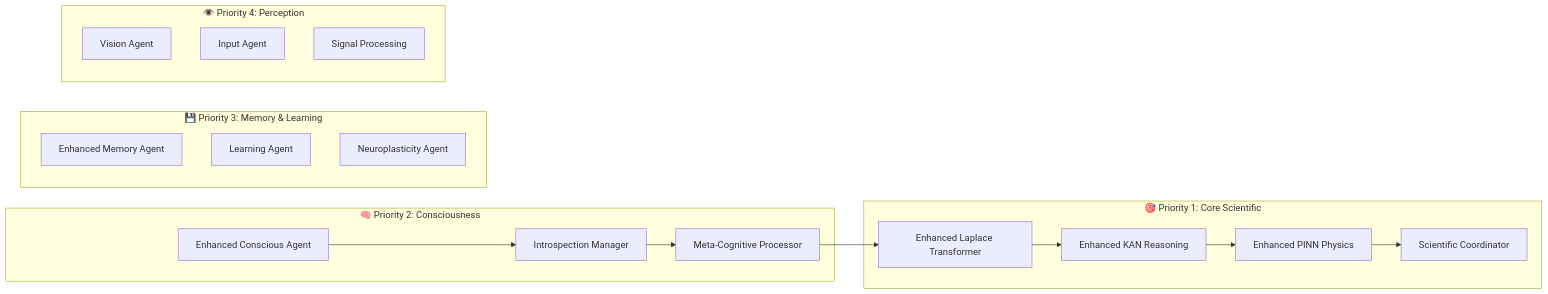
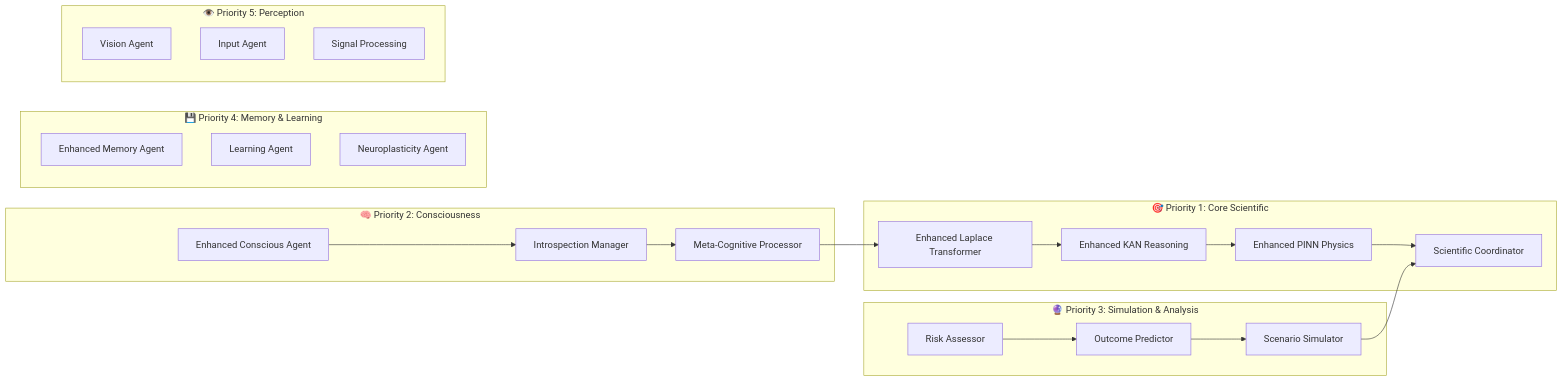
One commit to Organica-Ai-Solutions/NIS_Protocol changed the second of 2 diagrams in README.md. Above: the diagram before and after it, drawn with Mermaid. The commit also changed other lines of this file, not shown here.

````diff
--- a/README.md
+++ b/README.md
@@ -68,34 +76,43 @@
 ```mermaid
 graph LR
     subgraph "🎯 Priority 1: Core Scientific"
         A1["Enhanced Laplace Transformer"]
         A2["Enhanced KAN Reasoning"]
         A3["Enhanced PINN Physics"]
         A4["Scientific Coordinator"]
     end
     
     subgraph "🧠 Priority 2: Consciousness"
         B1["Meta-Cognitive Processor"]
         B2["Introspection Manager"]
         B3["Enhanced Conscious Agent"]
     end
     
-    subgraph "💾 Priority 3: Memory & Learning"
+    subgraph "🔮 Priority 3: Simulation & Analysis"
+        S1["Scenario Simulator"]
+        S2["Outcome Predictor"]
+        S3["Risk Assessor"]
+    end
+    
+    subgraph "💾 Priority 4: Memory & Learning"
         C1["Enhanced Memory Agent"]
         C2["Learning Agent"]
         C3["Neuroplasticity Agent"]
     end
     
-    subgraph "👁️ Priority 4: Perception"
+    subgraph "👁️ Priority 5: Perception"
         D1["Vision Agent"]
         D2["Input Agent"]
         D3["Signal Processing"]
     end
     
     A1 --> A2
     A2 --> A3
     A3 --> A4
     B1 --> A1
     B2 --> B1
     B3 --> B2
+    S1 --> A4
+    S2 --> S1
+    S3 --> S2
 ```
````
